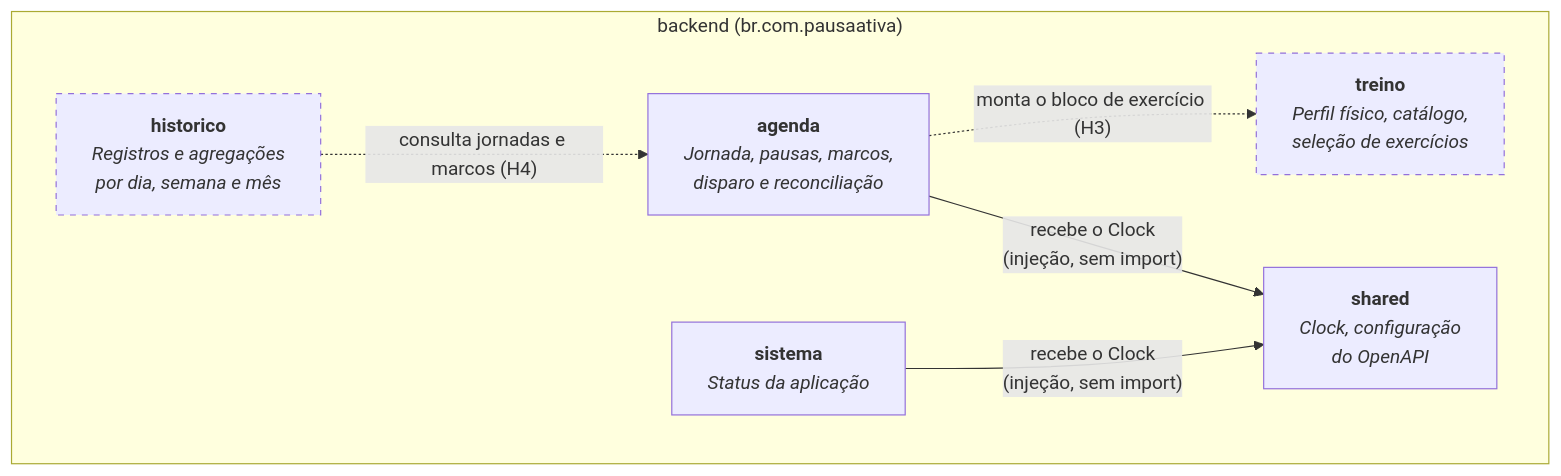
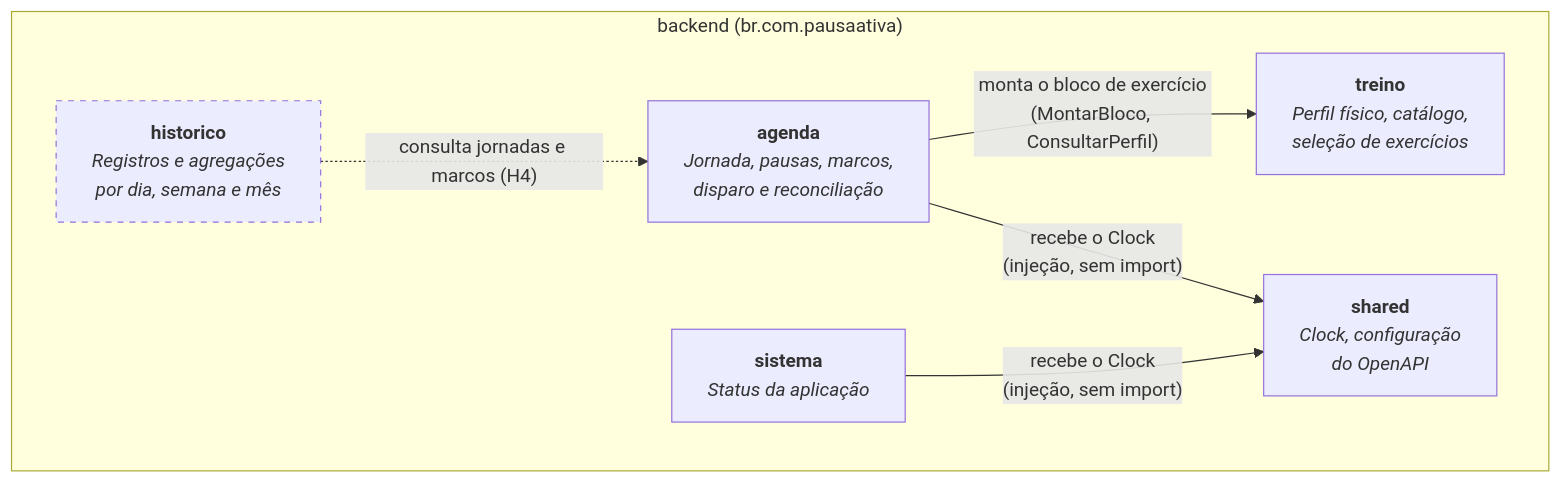
Before and after one commit to lincolnnaraujo/pausa-ativa: the first of 4 diagrams in docs/arquitetura/c4-3-componentes.md, drawn with Mermaid. The commit also changed other lines of this file and 12 other files, not shown here.

````diff
--- a/docs/arquitetura/c4-3-componentes.md
+++ b/docs/arquitetura/c4-3-componentes.md
@@ -7,19 +7,19 @@
 ```mermaid
 flowchart LR
     subgraph backend["backend (br.com.pausaativa)"]
         direction LR
         AG["<b>agenda</b><br/><i>Jornada, pausas, marcos,<br/>disparo e reconciliação</i>"]
         TR["<b>treino</b><br/><i>Perfil físico, catálogo,<br/>seleção de exercícios</i>"]
         HI["<b>historico</b><br/><i>Registros e agregações<br/>por dia, semana e mês</i>"]
         SI["<b>sistema</b><br/><i>Status da aplicação</i>"]
         SH["<b>shared</b><br/><i>Clock, configuração<br/>do OpenAPI</i>"]
     end
 
-    AG -.->|"monta o bloco de exercício (H3)"| TR
+    AG -->|"monta o bloco de exercício<br/>(MontarBloco, ConsultarPerfil)"| TR
     HI -.->|"consulta jornadas e marcos (H4)"| AG
     SI -->|"recebe o Clock<br/>(injeção, sem import)"| SH
     AG -->|"recebe o Clock<br/>(injeção, sem import)"| SH
 
     classDef vazio stroke-dasharray: 5 5
-    class TR,HI vazio
+    class HI vazio
 ```
````
